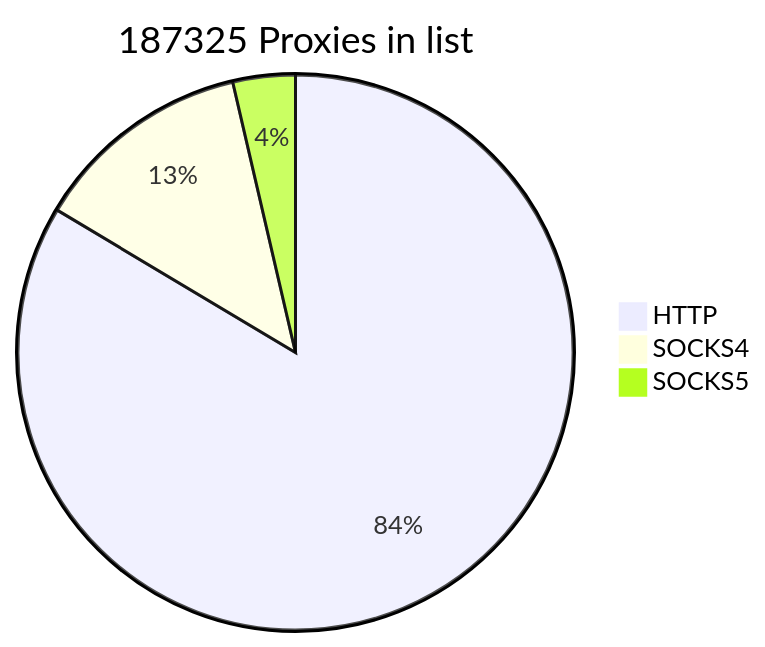
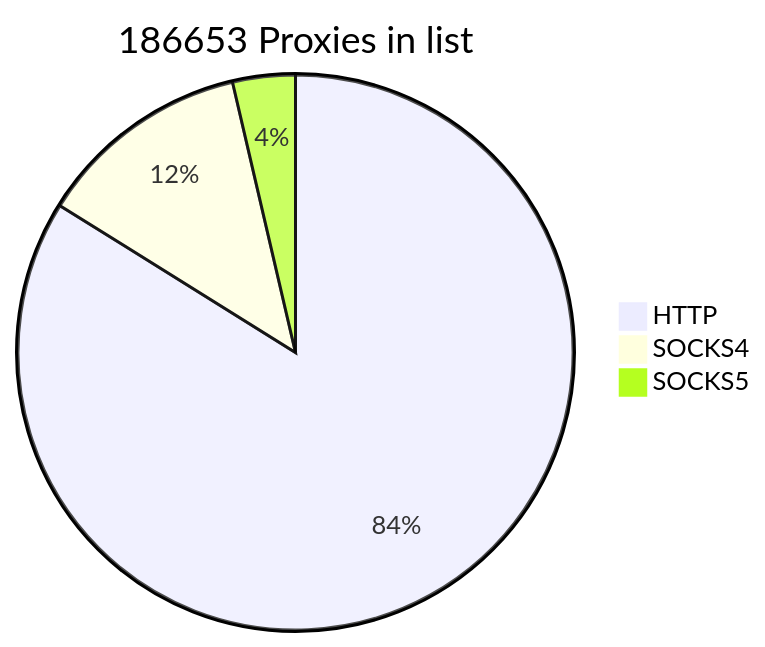
One commit to cutipu/proxylist changed the first of 2 diagrams in README.md. Above: the diagram before and after it, drawn with Mermaid. The commit also changed other lines of this file, not shown here.

````diff
--- a/README.md
+++ b/README.md
@@ -2,7 +2,7 @@
 ```mermaid
-pie title 187325 Proxies in list
+pie title 186653 Proxies in list
     "HTTP" : 156552
-    "SOCKS4" : 23972
+    "SOCKS4" : 23300
     "SOCKS5" : 6801
             
 ```
````
